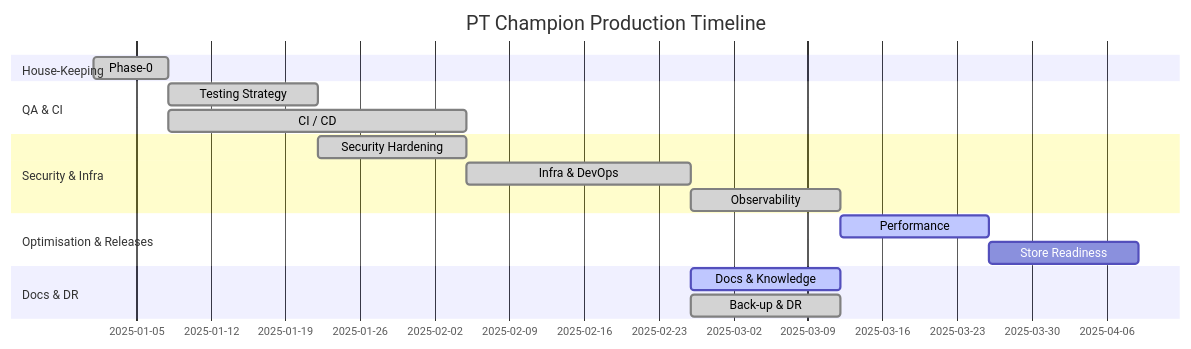
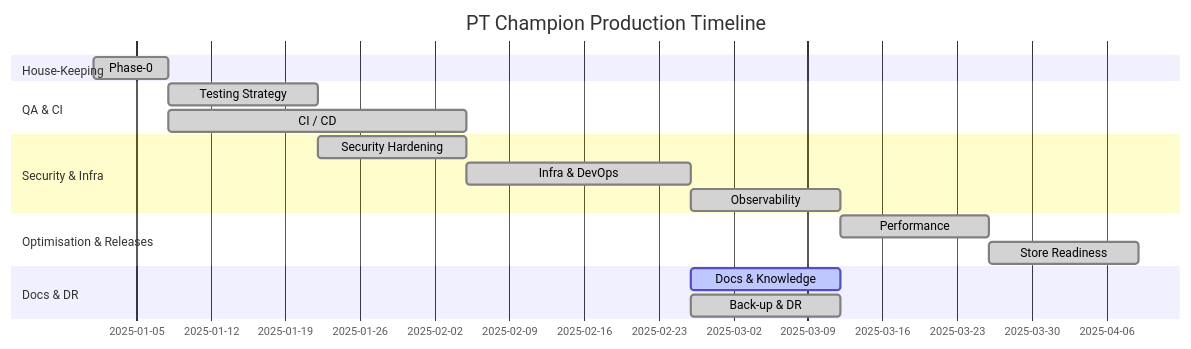
Before and after one commit to toole-brendan/ptchampion: the diagram in PRODUCTION_READINESS_PLAN.md, drawn with Mermaid. The commit also changed other lines of this file and 18 other files, not shown here.

````diff
--- a/PRODUCTION_READINESS_PLAN.md
+++ b/PRODUCTION_READINESS_PLAN.md
@@ -207,20 +218,20 @@
 ```mermaid
 gantt
 dateFormat MM‑DD
 title PT Champion Production Timeline
 section House‑Keeping
 Phase‑0           :done,    p0, 01‑01, 7d
 section QA & CI
 Testing Strategy  :done,    p1, after p0, 14d
 CI / CD           :done,    p2, after p0, 28d
 section Security & Infra
 Security Hardening:done,    p3, after p1, 14d
 Infra & DevOps    :done,    p4, after p2, 21d
 Observability     :done,    p5, after p4, 14d
 section Optimisation & Releases
-Performance       :active,  p6, after p5, 14d
-Store Readiness   :         p7, after p6, 14d
+Performance       :done,    p6, after p5, 14d
+Store Readiness   :done,    p7, after p6, 14d
 section Docs & DR
-Docs & Knowledge  :active, p8, after p4, 14d
+Docs & Knowledge  :active,  p8, after p4, 14d
 Back‑up & DR      :done,    p9, after p4, 14d
 ```
````
